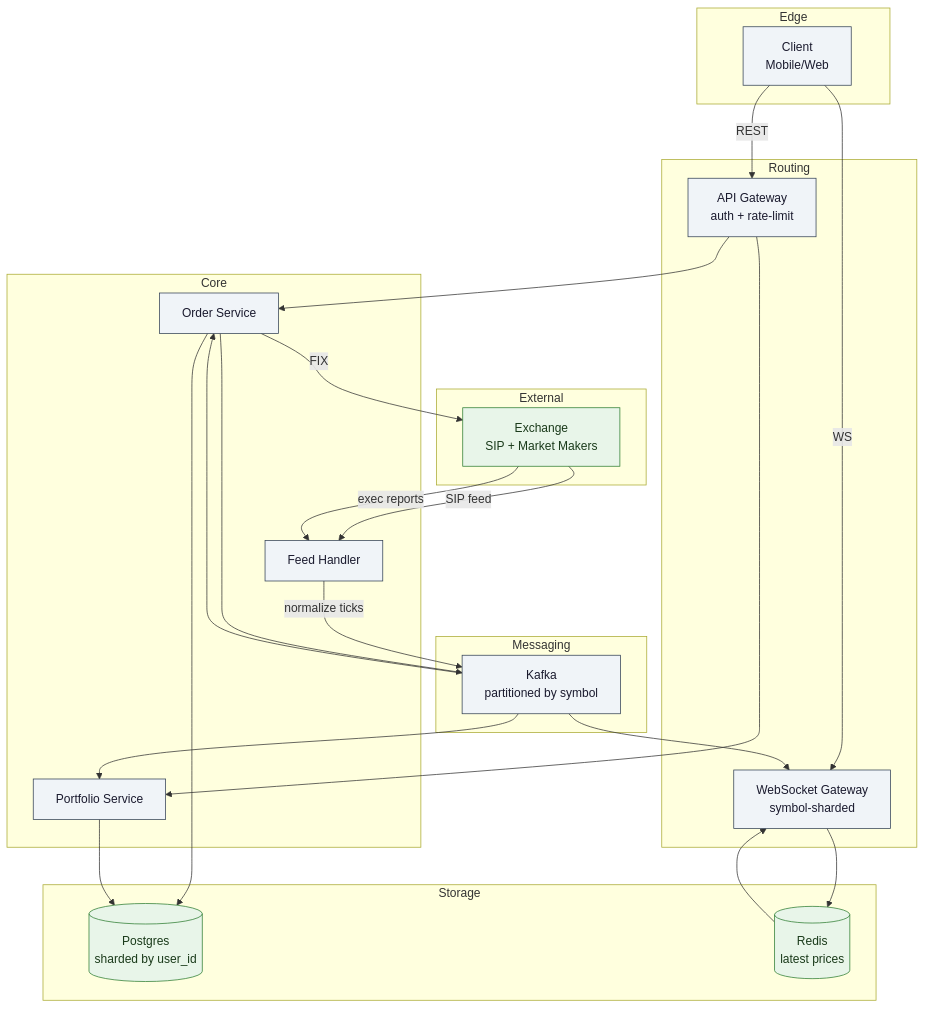
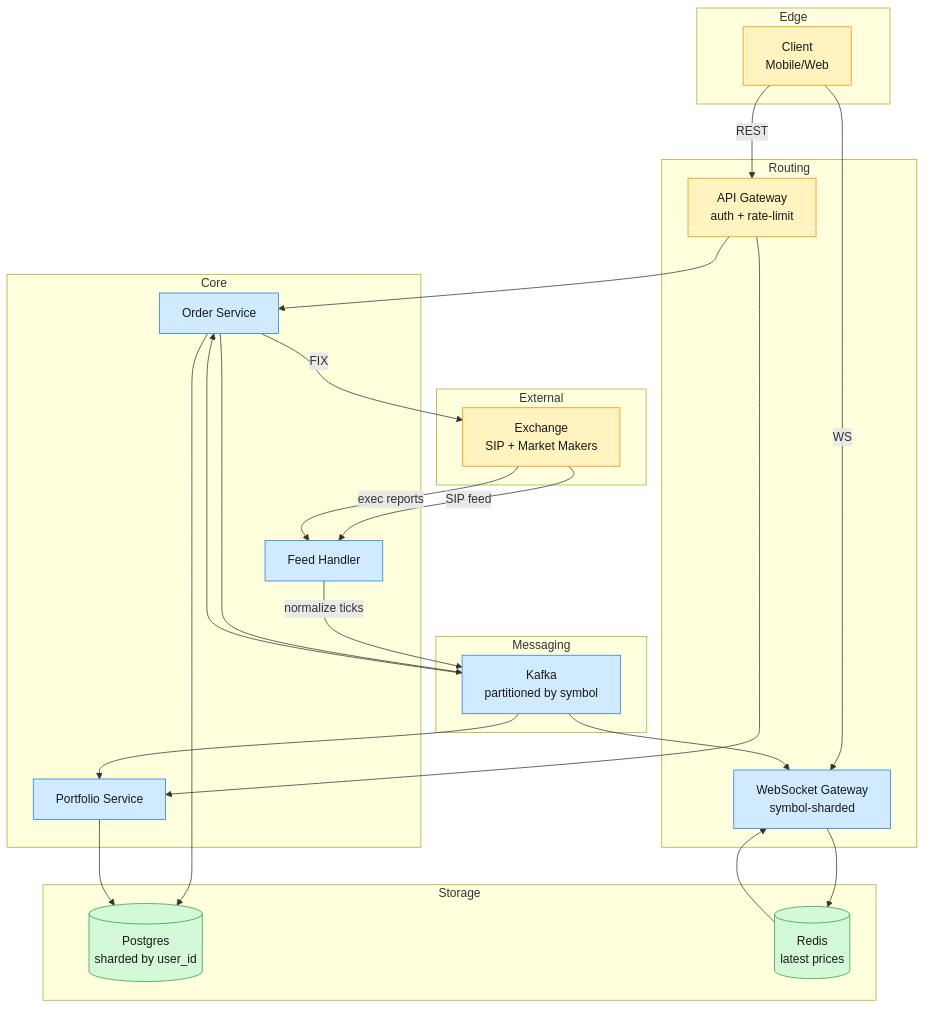
Before and after one commit to iliazlobin/iliazlobin.github.io: the second of 3 diagrams in _designs/system-design-stock-trading-platform.md, drawn with Mermaid. The commit also changed other lines of this file and 7 other files, not shown here.

First line of the commit message:
designs: fix Stock Trading — empty callouts + monochrome diagrams (#97)

````diff
--- a/_designs/system-design-stock-trading-platform.md
+++ b/_designs/system-design-stock-trading-platform.md
@@ -128,55 +125,54 @@
 ```mermaid
 graph TD
     subgraph Edge
         C[Client<br/>Mobile/Web]
     end
 
     subgraph Routing
         G[API Gateway<br/>auth + rate-limit]
         W[WebSocket Gateway<br/>symbol-sharded]
     end
 
     subgraph Core
         OS[Order Service]
         PS[Portfolio Service]
         FH[Feed Handler]
     end
 
     subgraph Messaging
         K[Kafka<br/>partitioned by symbol]
     end
 
     subgraph Storage
         PG[(Postgres<br/>sharded by user_id)]
         RC[(Redis<br/>latest prices)]
     end
 
     subgraph External
         EX[Exchange<br/>SIP + Market Makers]
     end
 
     C -->|REST| G
     C -->|WS| W
     G --> OS
     G --> PS
     OS --> PG
     PS --> PG
     FH -->|normalize ticks| K
     K --> W
     K --> PS
     OS --> K
     K --> OS
     W --> RC
     RC --> W
     OS -->|FIX| EX
     EX -->|SIP feed| FH
     EX -->|exec reports| FH
 
-    classDef light fill:#f0f4f8,color:#1a1a2e,stroke:#334155
-    classDef store fill:#e8f5e9,color:#1a3a1a,stroke:#2e7d32
-    class C,G,W,OS,PS,FH light
-    class K light
+    classDef edge fill:#fff3bf,stroke:#f08c00,color:#1a1a1a
+    classDef svc fill:#d0ebff,stroke:#1c7ed6,color:#1a1a1a
+    classDef store fill:#d3f9d8,stroke:#2f9e44,color:#1a1a1a
+    class C,G,EX edge
+    class W,OS,PS,FH,K svc
     class PG,RC store
-    class EX store
-
 ```
````
